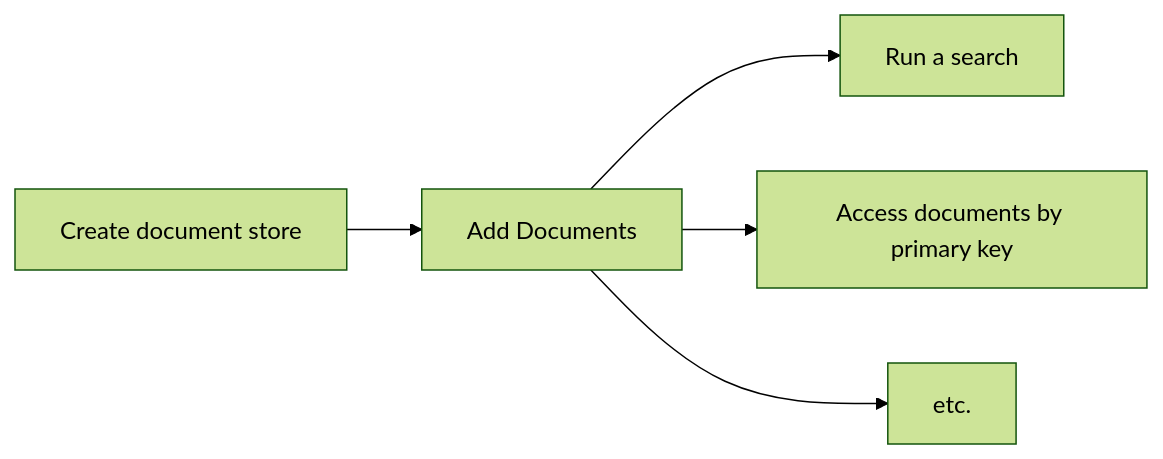
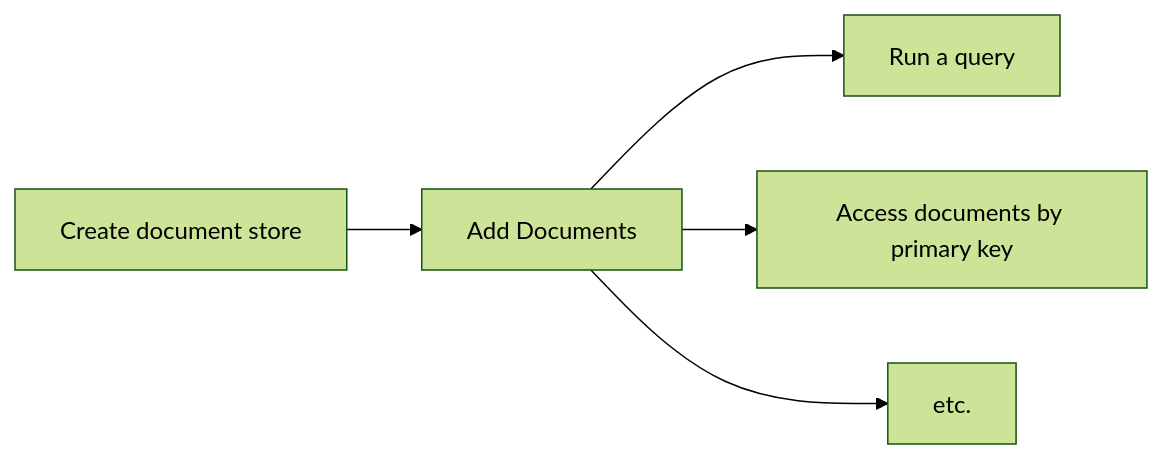
The diagram in README.md (youldali/browser-search), drawn with Mermaid (forest theme) before and after one commit. The commit also changed other lines of this file, not shown here.

````diff
--- a/README.md
+++ b/README.md
@@ -98,7 +95,7 @@
 ```mermaid
 graph LR
 A[Create  document store]--> B[Add Documents]
-B --> C[Run  a search]
+B --> C[Run  a query]
 B --> D[Access documents by primary key]
 B --> E[etc.]
 ```
````
